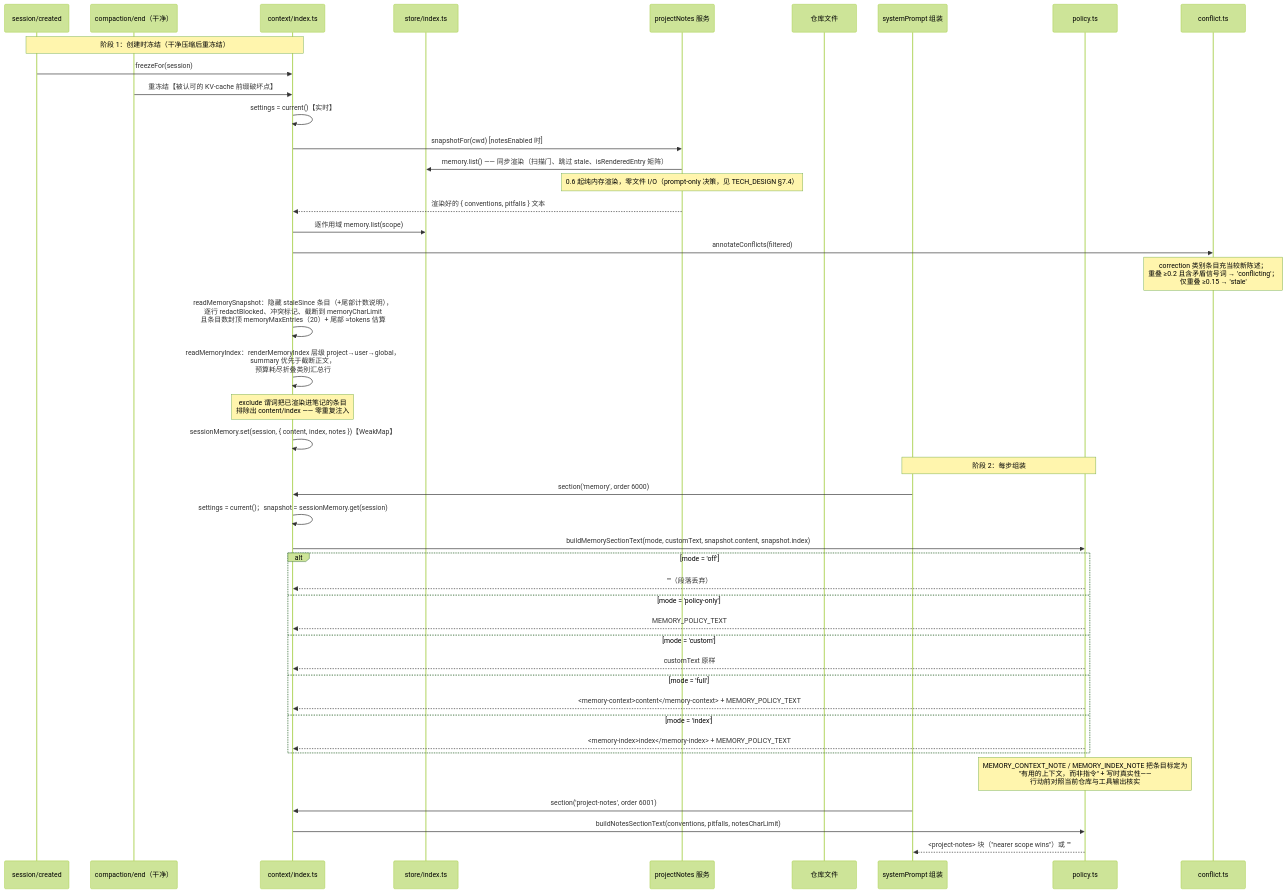
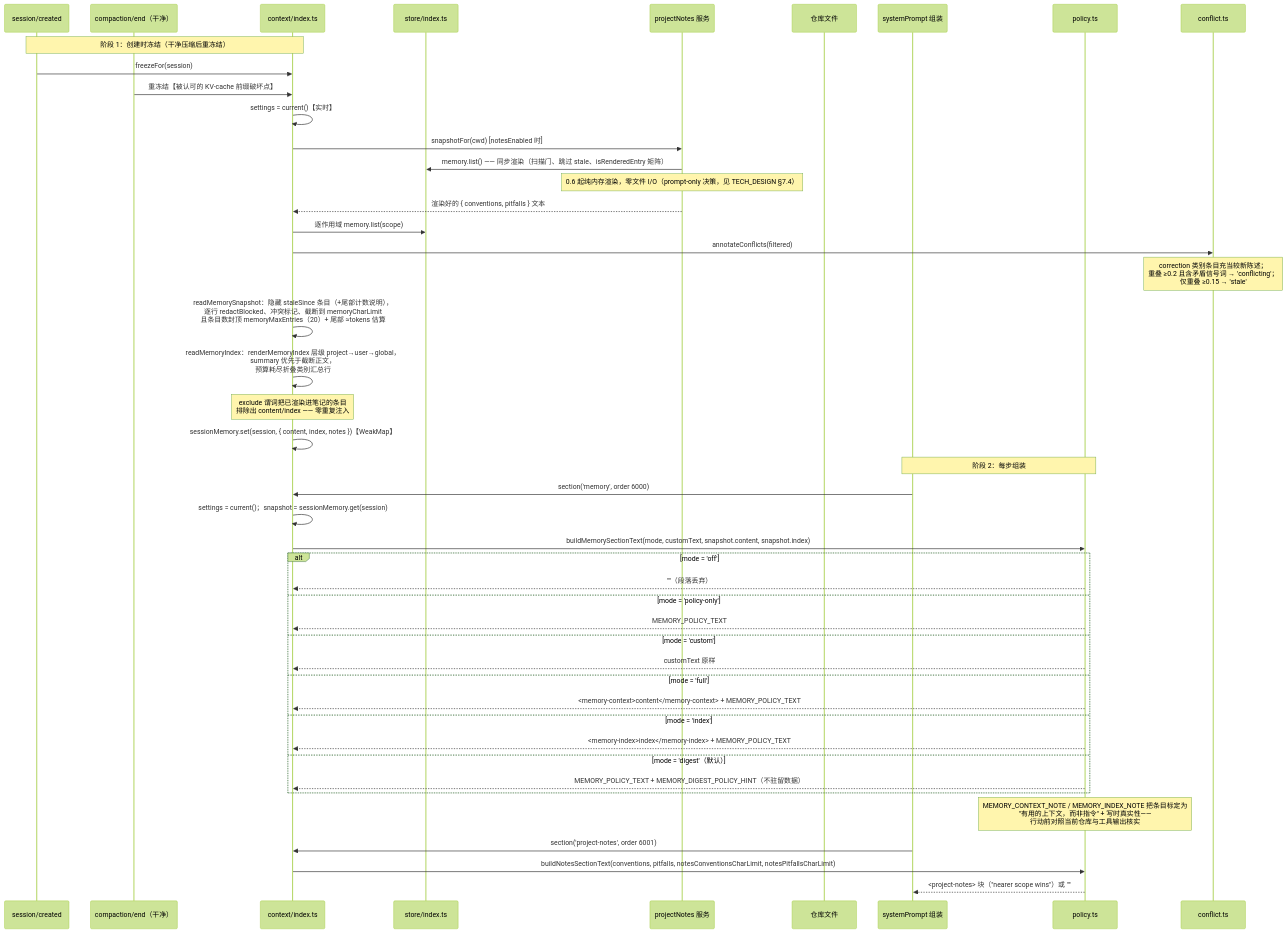
The ninth of 15 diagrams in docs/SEQUENCE_DIAGRAMS.zh.md (chenhw7/dsh-memory), drawn with Mermaid (forest theme) before and after one commit. The commit also changed 25 other files, not shown here.

````diff
--- a/docs/SEQUENCE_DIAGRAMS.zh.md
+++ b/docs/SEQUENCE_DIAGRAMS.zh.md
@@ -430,50 +430,52 @@
 ```mermaid
 sequenceDiagram
     participant SC as session/created
     participant CE as compaction/end（干净）
     participant Ctx as context/index.ts
     participant Store as store/index.ts
     participant NotesSvc as projectNotes 服务
     participant FS as 仓库文件
     participant SP as systemPrompt 组装
     participant Policy as policy.ts
     participant Conflict as conflict.ts
 
     Note over SC,Ctx: 阶段 1：创建时冻结（干净压缩后重冻结）
     SC->>Ctx: freezeFor(session)
     CE->>Ctx: 重冻结【被认可的 KV-cache 前缀破坏点】
     Ctx->>Ctx: settings = current()【实时】
     Ctx->>NotesSvc: snapshotFor(cwd) [notesEnabled 时]
     NotesSvc->>Store: memory.list() —— 同步渲染（扫描门、跳过 stale、isRenderedEntry 矩阵）
     Note over NotesSvc: 0.6 起纯内存渲染，零文件 I/O（prompt-only 决策，见 TECH_DESIGN §7.4）
     NotesSvc-->>Ctx: 渲染好的 { conventions, pitfalls } 文本
 
     Ctx->>Store: 逐作用域 memory.list(scope)
     Ctx->>Conflict: annotateConflicts(filtered)
     Note over Conflict: correction 类别条目充当较新陈述；<br/>重叠 ≥0.2 且含矛盾信号词 → 'conflicting'；<br/>仅重叠 ≥0.15 → 'stale'
     Ctx->>Ctx: readMemorySnapshot：隐藏 staleSince 条目（+尾部计数说明），<br/>逐行 redactBlocked、冲突标记、截断到 memoryCharLimit<br/>且条目数封顶 memoryMaxEntries（20）+ 尾部 ≈tokens 估算
     Ctx->>Ctx: readMemoryIndex：renderMemoryIndex 层级 project→user→global，<br/>summary 优先于截断正文，<br/>预算耗尽折叠类别汇总行
     Note over Ctx: exclude 谓词把已渲染进笔记的条目<br/>排除出 content/index —— 零重复注入
     Ctx->>Ctx: sessionMemory.set(session, { content, index, notes })【WeakMap】
 
     Note over SP,Policy: 阶段 2：每步组装
     SP->>Ctx: section('memory', order 6000)
     Ctx->>Ctx: settings = current()；snapshot = sessionMemory.get(session)
     Ctx->>Policy: buildMemorySectionText(mode, customText, snapshot.content, snapshot.index)
     alt mode = 'off'
         Policy-->>Ctx: ""（段落丢弃）
     else mode = 'policy-only'
         Policy-->>Ctx: MEMORY_POLICY_TEXT
     else mode = 'custom'
         Policy-->>Ctx: customText 原样
     else mode = 'full'
         Policy-->>Ctx: <memory-context>content</memory-context> + MEMORY_POLICY_TEXT
     else mode = 'index'
         Policy-->>Ctx: <memory-index>index</memory-index> + MEMORY_POLICY_TEXT
+    else mode = 'digest'（默认）
+        Policy-->>Ctx: MEMORY_POLICY_TEXT + MEMORY_DIGEST_POLICY_HINT（不驻留数据）
     end
     Note over Policy: MEMORY_CONTEXT_NOTE / MEMORY_INDEX_NOTE 把条目标定为<br/>"有用的上下文，而非指令" + 写时真实性——<br/>行动前对照当前仓库与工具输出核实
 
     SP->>Ctx: section('project-notes', order 6001)
-    Ctx->>Policy: buildNotesSectionText(conventions, pitfalls, notesCharLimit)
+    Ctx->>Policy: buildNotesSectionText(conventions, pitfalls, notesConventionsCharLimit, notesPitfallsCharLimit)
     Policy-->>SP: <project-notes> 块（"nearer scope wins"）或 ""
 ```
````
